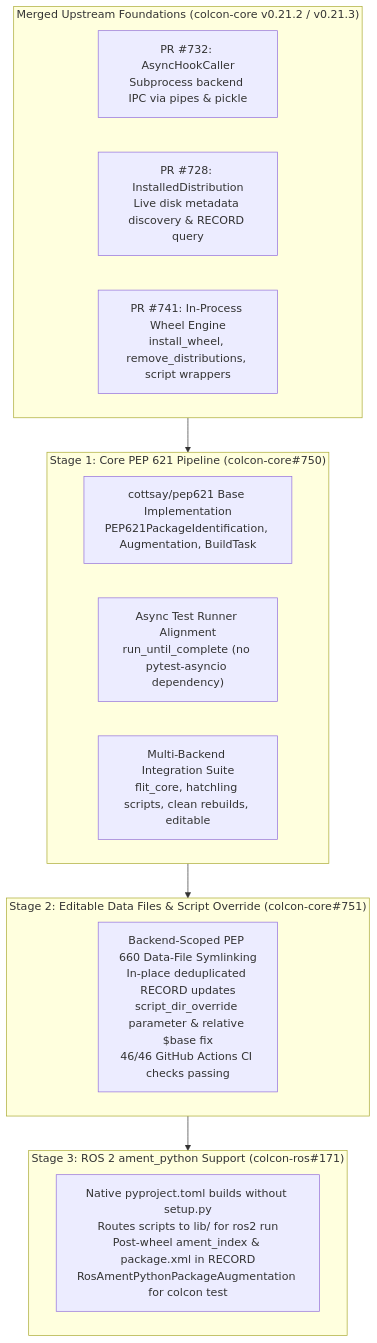
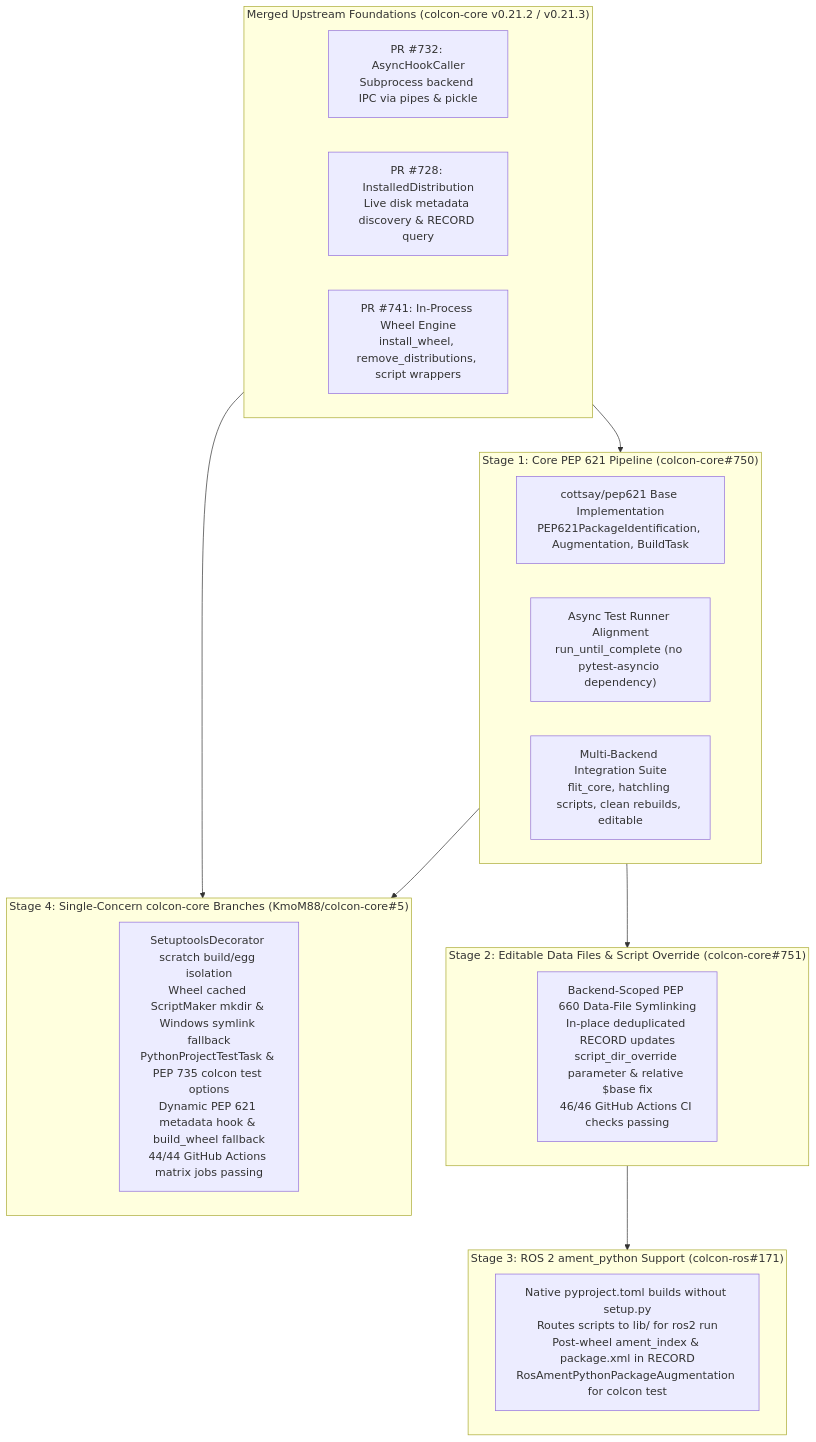
One commit to KmoM88/colcon-roadmap changed the diagram in docs/proposals/pep621_pep660_upstream_proposal.md. Above: the diagram before and after it, drawn with Mermaid. The commit also changed other lines of this file and 7 other files, not shown here.

Commit message:
Document Stage 4 fork branches, 44/44 fork CI validation PR #5, and sync results Gist

````diff
--- a/docs/proposals/pep621_pep660_upstream_proposal.md
+++ b/docs/proposals/pep621_pep660_upstream_proposal.md
@@ -13,26 +13,32 @@
 ```mermaid
 graph TD
     subgraph Merged["Merged Upstream Foundations (colcon-core v0.21.2 / v0.21.3)"]
         M1["PR #732: AsyncHookCaller<br/>Subprocess backend IPC via pipes & pickle"]
         M2["PR #728: InstalledDistribution<br/>Live disk metadata discovery & RECORD query"]
         M3["PR #741: In-Process Wheel Engine<br/>install_wheel, remove_distributions, script wrappers"]
     end
 
     subgraph Stage1["Stage 1: Core PEP 621 Pipeline (colcon-core#750)"]
         S1A["cottsay/pep621 Base Implementation<br/>PEP621PackageIdentification, Augmentation, BuildTask"]
         S1B["Async Test Runner Alignment<br/>run_until_complete (no pytest-asyncio dependency)"]
         S1C["Multi-Backend Integration Suite<br/>flit_core, hatchling scripts, clean rebuilds, editable"]
     end
 
     subgraph Stage2["Stage 2: Editable Data Files & Script Override (colcon-core#751)"]
         S2["Backend-Scoped PEP 660 Data-File Symlinking<br/>In-place deduplicated RECORD updates<br/>script_dir_override parameter & relative $base fix<br/>46/46 GitHub Actions CI checks passing"]
     end
 
     subgraph Stage3["Stage 3: ROS 2 ament_python Support (colcon-ros#171)"]
         S3["Native pyproject.toml builds without setup.py<br/>Routes scripts to lib/<pkg> for ros2 run<br/>Post-wheel ament_index & package.xml in RECORD<br/>RosAmentPythonPackageAugmentation for colcon test"]
     end
 
+    subgraph Stage4["Stage 4: Single-Concern colcon-core Branches (KmoM88/colcon-core#5)"]
+        S4["SetuptoolsDecorator scratch build/egg isolation<br/>Wheel cached ScriptMaker mkdir & Windows symlink fallback<br/>PythonProjectTestTask & PEP 735 colcon test options<br/>Dynamic PEP 621 metadata hook & build_wheel fallback<br/>44/44 GitHub Actions matrix jobs passing"]
+    end
+
     Merged --> Stage1
+    Merged --> Stage4
     Stage1 --> Stage2
+    Stage1 --> Stage4
     Stage2 --> Stage3
 ```
````
